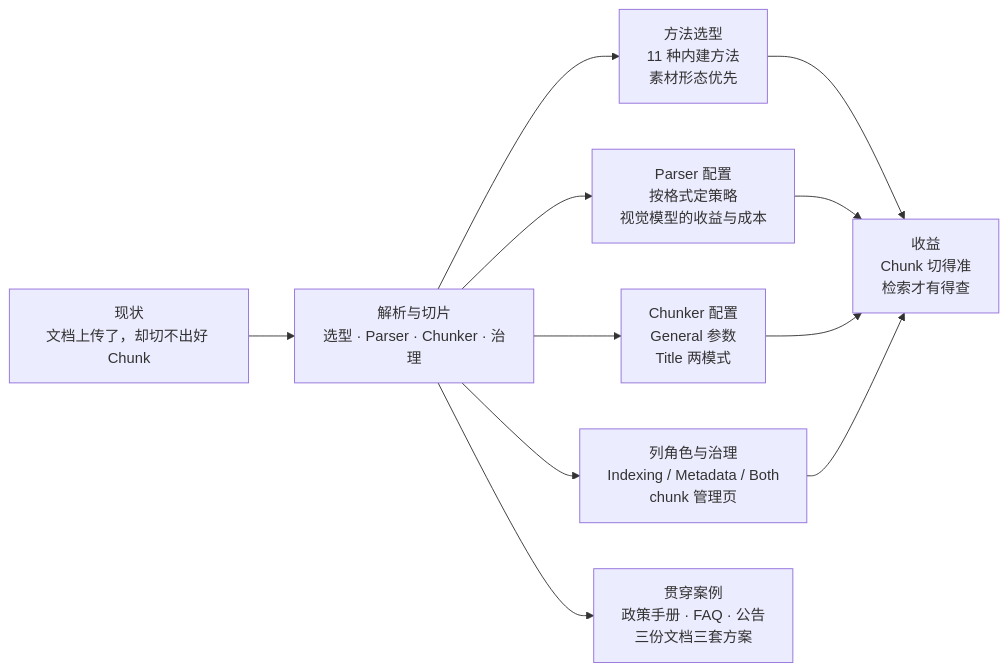
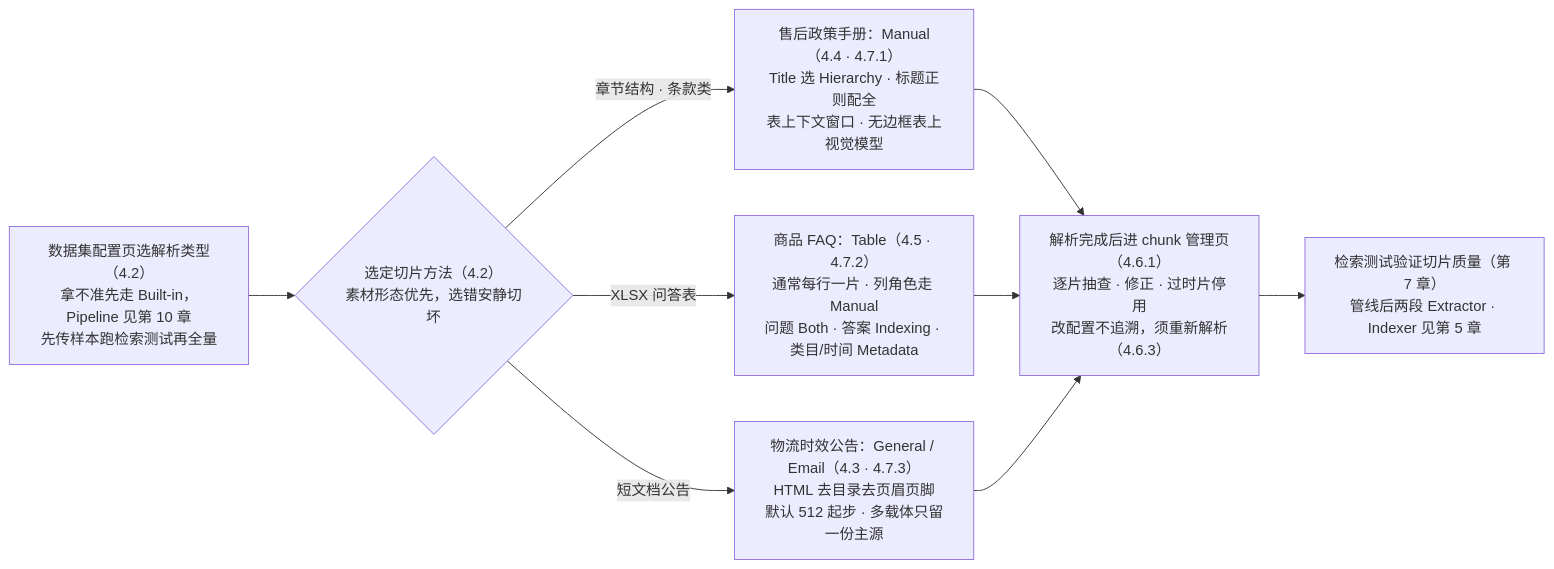
The first of 3 diagrams in books/ragflow/chapters/04-parsing-chunking.md (ybak/ai-tutorial), drawn with Mermaid before and after one commit. The commit also changed other lines of this file and 12 other files, not shown here.

First line of the commit message:
docs(ragflow): 章首图升级为操作流程图——第 3 章试点后全书推广,写作指南双图式修订

````diff
--- a/books/ragflow/chapters/04-parsing-chunking.md
+++ b/books/ragflow/chapters/04-parsing-chunking.md
@@ -11,13 +11,11 @@
 ```mermaid
 flowchart LR
-    A["现状<br/>文档上传了，却切不出好 Chunk"] --> B["解析与切片<br/>选型 · Parser · Chunker · 治理"]
-    B --> C["方法选型<br/>11 种内建方法<br/>素材形态优先"]
-    B --> D["Parser 配置<br/>按格式定策略<br/>视觉模型的收益与成本"]
-    B --> E["Chunker 配置<br/>General 参数<br/>Title 两模式"]
-    B --> F["列角色与治理<br/>Indexing / Metadata / Both<br/>chunk 管理页"]
-    B --> G["贯穿案例<br/>政策手册 · FAQ · 公告<br/>三份文档三套方案"]
-    C --> H["收益<br/>Chunk 切得准<br/>检索才有得查"]
-    D --> H
-    E --> H
-    F --> H
+    A["数据集配置页选解析类型（4.2）<br/>拿不准先走 Built-in，Pipeline 见第 10 章<br/>先传样本跑检索测试再全量"] --> B{"选定切片方法（4.2）<br/>素材形态优先，选错安静切坏"}
+    B -->|"章节结构 · 条款类"| C["售后政策手册：Manual（4.4 · 4.7.1）<br/>Title 选 Hierarchy · 标题正则配全<br/>表上下文窗口 · 无边框表上视觉模型"]
+    B -->|"XLSX 问答表"| D["商品 FAQ：Table（4.5 · 4.7.2）<br/>通常每行一片 · 列角色走 Manual<br/>问题 Both · 答案 Indexing · 类目/时间 Metadata"]
+    B -->|"短文档公告"| E["物流时效公告：General / Email（4.3 · 4.7.3）<br/>HTML 去目录去页眉页脚<br/>默认 512 起步 · 多载体只留一份主源"]
+    C --> F["解析完成后进 chunk 管理页（4.6.1）<br/>逐片抽查 · 修正 · 过时片停用<br/>改配置不追溯，须重新解析（4.6.3）"]
+    D --> F
+    E --> F
+    F --> G["检索测试验证切片质量（第 7 章）<br/>管线后两段 Extractor · Indexer 见第 5 章"]
 ```
````
